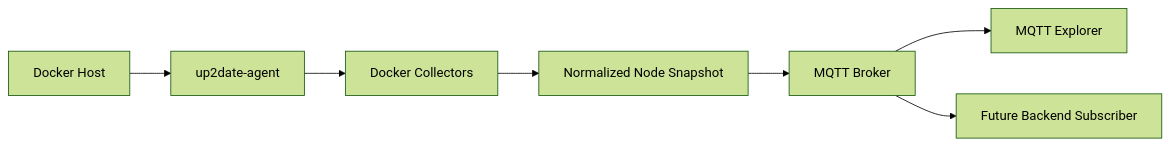
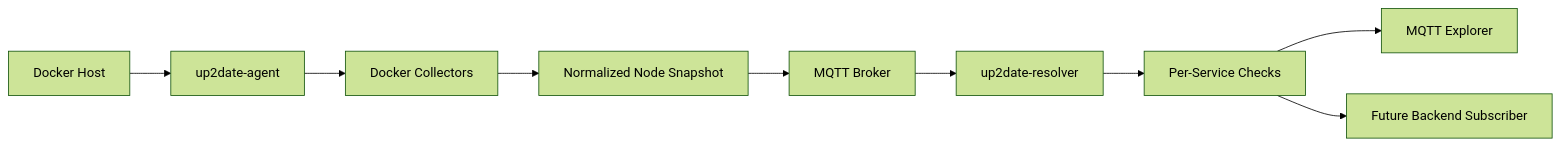
One commit to ch4rl3x/up2date changed the diagram in docs/architecture.md. Above: the diagram before and after it, drawn with Mermaid (forest theme). The commit also changed other lines of this file and 17 other files, not shown here.

Commit message:
feat: add up2date-resolver

````diff
--- a/docs/architecture.md
+++ b/docs/architecture.md
@@ -109,9 +141,11 @@
 ```mermaid
 flowchart LR
     A["Docker Host"] --> B["up2date-agent"]
     B --> C["Docker Collectors"]
     C --> D["Normalized Node Snapshot"]
     D --> E["MQTT Broker"]
-    E --> F["MQTT Explorer"]
-    E --> G["Future Backend Subscriber"]
+    E --> F["up2date-resolver"]
+    F --> G["Per-Service Checks"]
+    G --> H["MQTT Explorer"]
+    G --> I["Future Backend Subscriber"]
 ```
````
